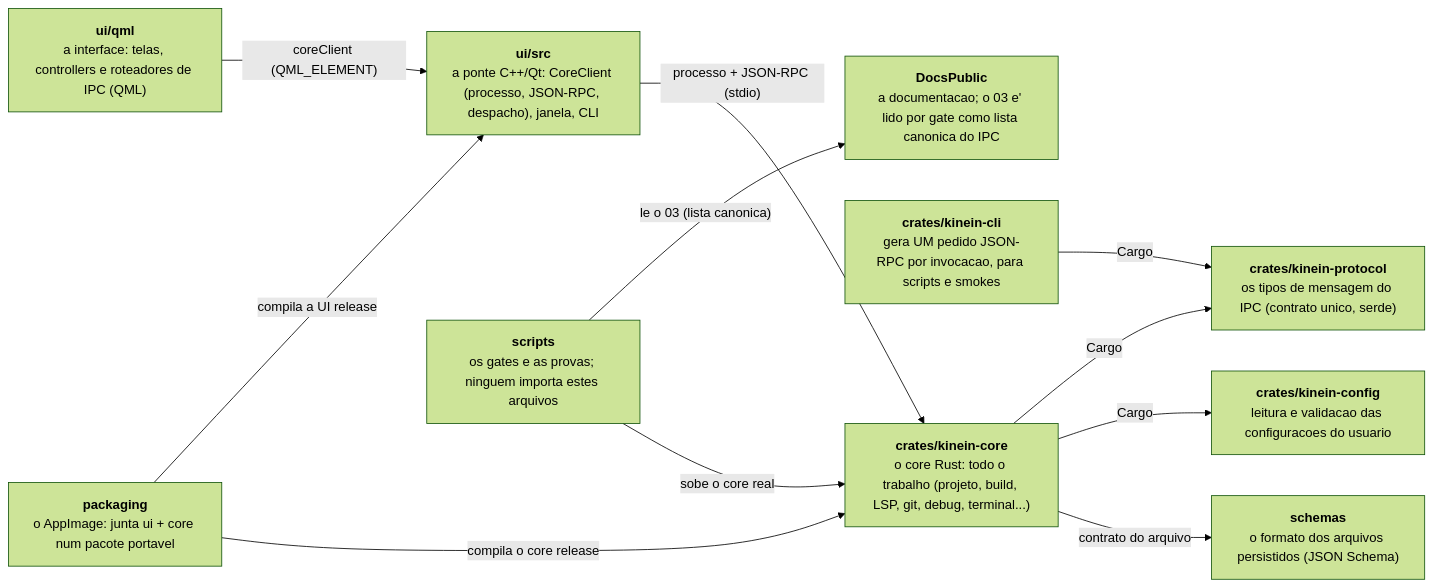
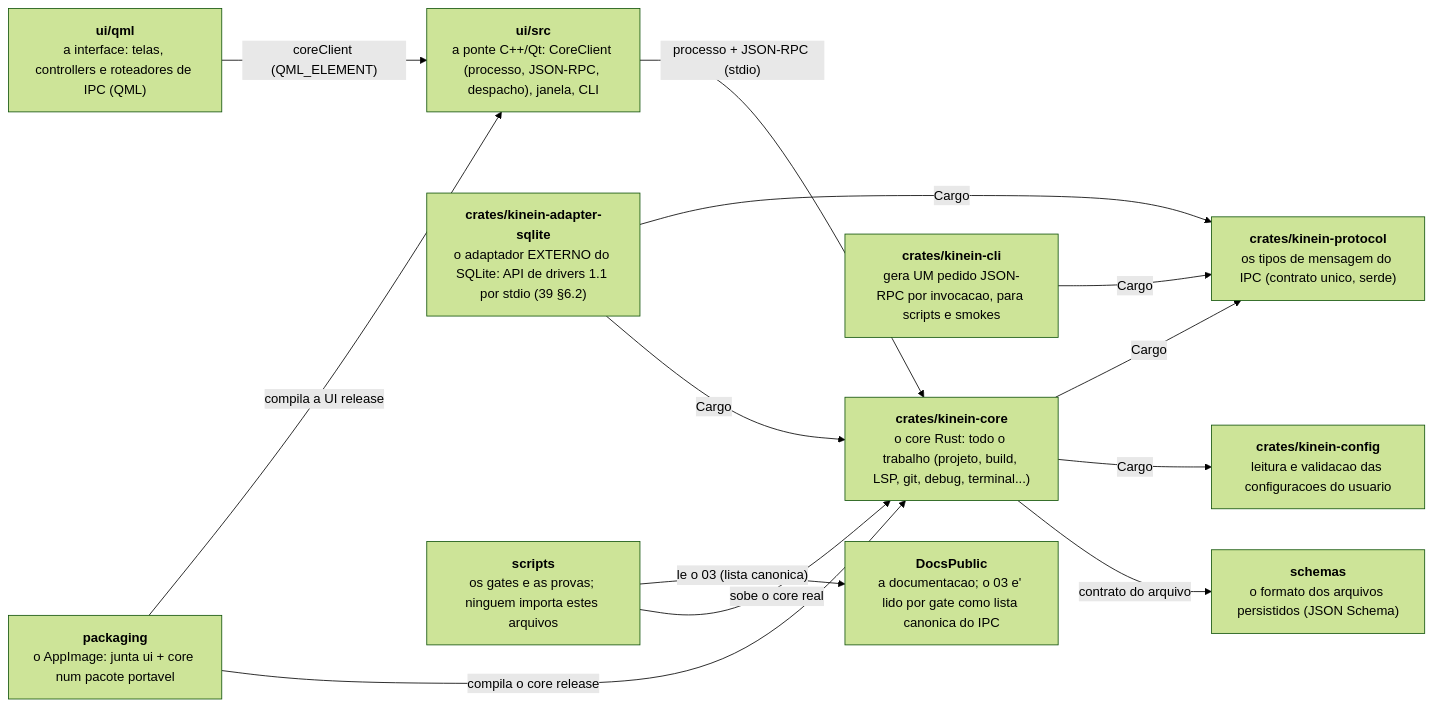
Before and after one commit to ViktorWalde/KineinVectis: the first of 16 diagrams in DocsPublic/arquitetura/01-mapa-de-modulos.md, drawn with Mermaid (forest theme). The commit also changed other lines of this file and 29 other files, not shown here.

First line of the commit message:
feat(banco): adaptador externo do SQLite e API de drivers 1.1 (passo 9a.1)

````diff
--- a/DocsPublic/arquitetura/01-mapa-de-modulos.md
+++ b/DocsPublic/arquitetura/01-mapa-de-modulos.md
@@ -21,23 +21,26 @@
 ```mermaid
 flowchart LR
   n_ui_qml["<b>ui/qml</b><br/>a interface: telas, controllers e roteadores de IPC (QML)"]
   n_ui_src["<b>ui/src</b><br/>a ponte C++/Qt: CoreClient (processo, JSON-RPC, despacho), janela, CLI"]
   n_crates_kinein_core["<b>crates/kinein-core</b><br/>o core Rust: todo o trabalho (projeto, build, LSP, git, debug, terminal...)"]
   n_crates_kinein_protocol["<b>crates/kinein-protocol</b><br/>os tipos de mensagem do IPC (contrato unico, serde)"]
   n_crates_kinein_config["<b>crates/kinein-config</b><br/>leitura e validacao das configuracoes do usuario"]
   n_crates_kinein_cli["<b>crates/kinein-cli</b><br/>gera UM pedido JSON-RPC por invocacao, para scripts e smokes"]
+  n_crates_kinein_adapter_sqlite["<b>crates/kinein-adapter-sqlite</b><br/>o adaptador EXTERNO do SQLite: API de drivers 1.1 por stdio (39 §6.2)"]
   n_schemas["<b>schemas</b><br/>o formato dos arquivos persistidos (JSON Schema)"]
   n_scripts["<b>scripts</b><br/>os gates e as provas; ninguem importa estes arquivos"]
   n_packaging["<b>packaging</b><br/>o AppImage: junta ui + core num pacote portavel"]
   n_DocsPublic["<b>DocsPublic</b><br/>a documentacao; o 03 e' lido por gate como lista canonica do IPC"]
   n_ui_qml -->|"coreClient (QML_ELEMENT)"| n_ui_src
   n_ui_src -->|"processo + JSON-RPC (stdio)"| n_crates_kinein_core
   n_crates_kinein_core -->|"Cargo"| n_crates_kinein_protocol
   n_crates_kinein_core -->|"Cargo"| n_crates_kinein_config
   n_crates_kinein_cli -->|"Cargo"| n_crates_kinein_protocol
+  n_crates_kinein_adapter_sqlite -->|"Cargo"| n_crates_kinein_protocol
+  n_crates_kinein_adapter_sqlite -->|"Cargo"| n_crates_kinein_core
   n_crates_kinein_core -->|"contrato do arquivo"| n_schemas
   n_scripts -->|"le o 03 (lista canonica)"| n_DocsPublic
   n_scripts -->|"sobe o core real"| n_crates_kinein_core
   n_packaging -->|"compila a UI release"| n_ui_src
   n_packaging -->|"compila o core release"| n_crates_kinein_core
 ```
````
